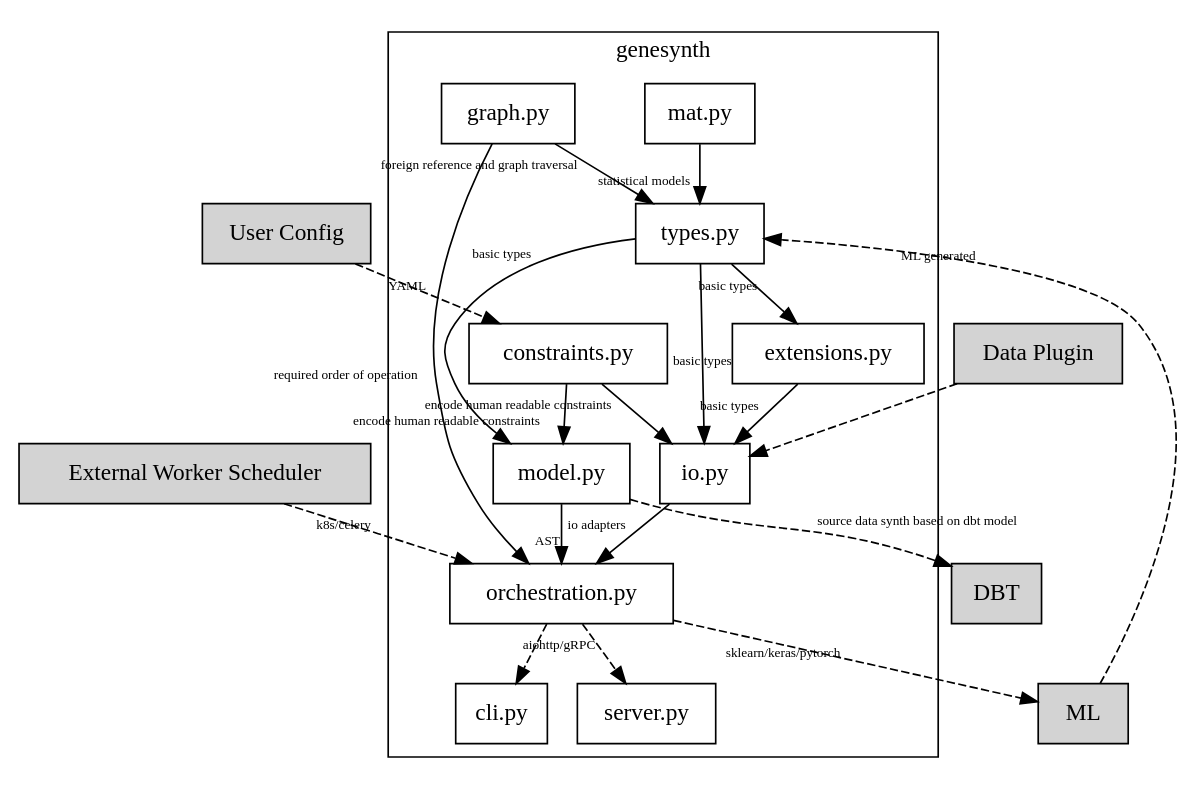
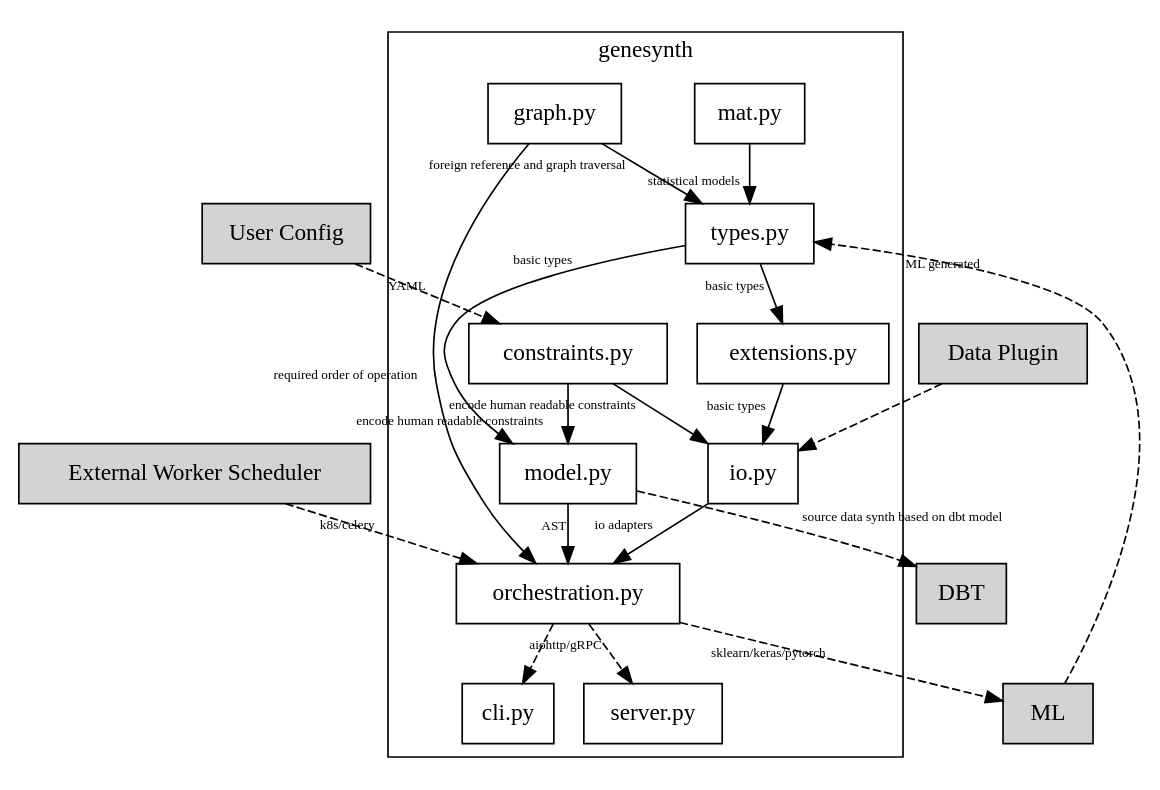
One commit to sterling312/genesynth changed the diagram in docs/layout.dot. Above: the diagram before and after it, drawn with Graphviz. The commit also changed 4 other files, not shown here.

```diff
--- a/docs/layout.dot
+++ b/docs/layout.dot
@@ -1,35 +1,34 @@
 strict digraph genesynth {
     node [shape=box]
     edge [fontsize=8]
 
     ML [style=filled, fillcolor=lightgray]
     "User Config" [style=filled, fillcolor=lightgray]
     "Data Plugin" [style=filled, fillcolor=lightgray]
     "External Worker Scheduler" [style=filled, fillcolor=lightgray]
     DBT [style=filled, fillcolor=lightgray]
 
     ML -> "types.py" [style=dashed, xlabel="ML generated"]
     "User Config" -> "constraints.py" [style=dashed, xlabel="YAML"]
     "Data Plugin" -> "io.py" [style=dashed]
     "External Worker Scheduler" -> "orchestration.py" [style=dashed, xlabel="k8s/celery"]
 
     subgraph cluster_module {
         label="genesynth"
         "mat.py" -> "types.py" [xlabel="statistical models"]
         "constraints.py" -> "model.py" [xlabel="encode human readable constraints"]
         "constraints.py" -> "io.py" [xlabel="encode human readable constraints"]
-        "types.py" -> "io.py" [xlabel="basic types"]
         "types.py" -> "extensions.py" [xlabel="basic types"]
         "extensions.py" -> "io.py" [xlabel="basic types"]
         "types.py" -> "model.py" [xlabel="basic types"]
         "model.py" -> "orchestration.py" [xlabel="AST"]
         "graph.py" -> "orchestration.py" [xlabel="required order of operation"]
         "graph.py" -> "types.py" [xlabel="foreign reference and graph traversal"]
         "io.py" -> "orchestration.py" [xlabel="io adapters"]
         "orchestration.py" -> "cli.py" [style=dashed]
         "orchestration.py" -> "server.py" [style=dashed, xlabel="aiohttp/gRPC"]
     }
 
     "model.py" -> DBT [style=dashed, xlabel="source data synth based on dbt model"]
     "orchestration.py" -> ML [style=dashed, xlabel="sklearn/keras/pytorch"]
 }
```
